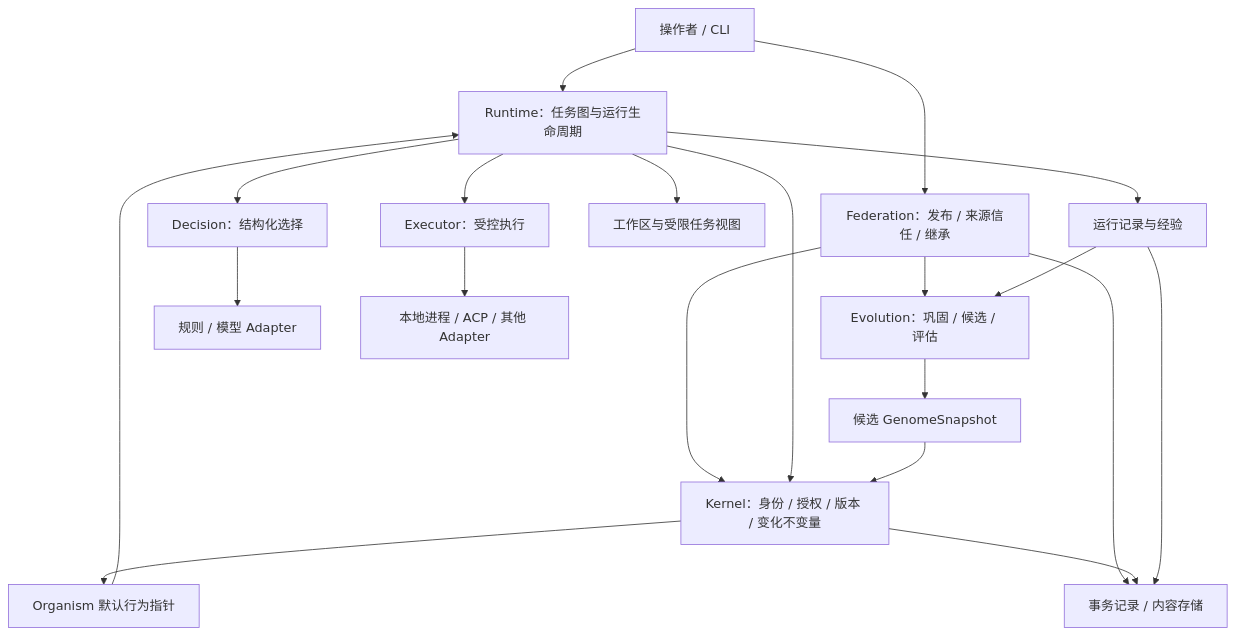
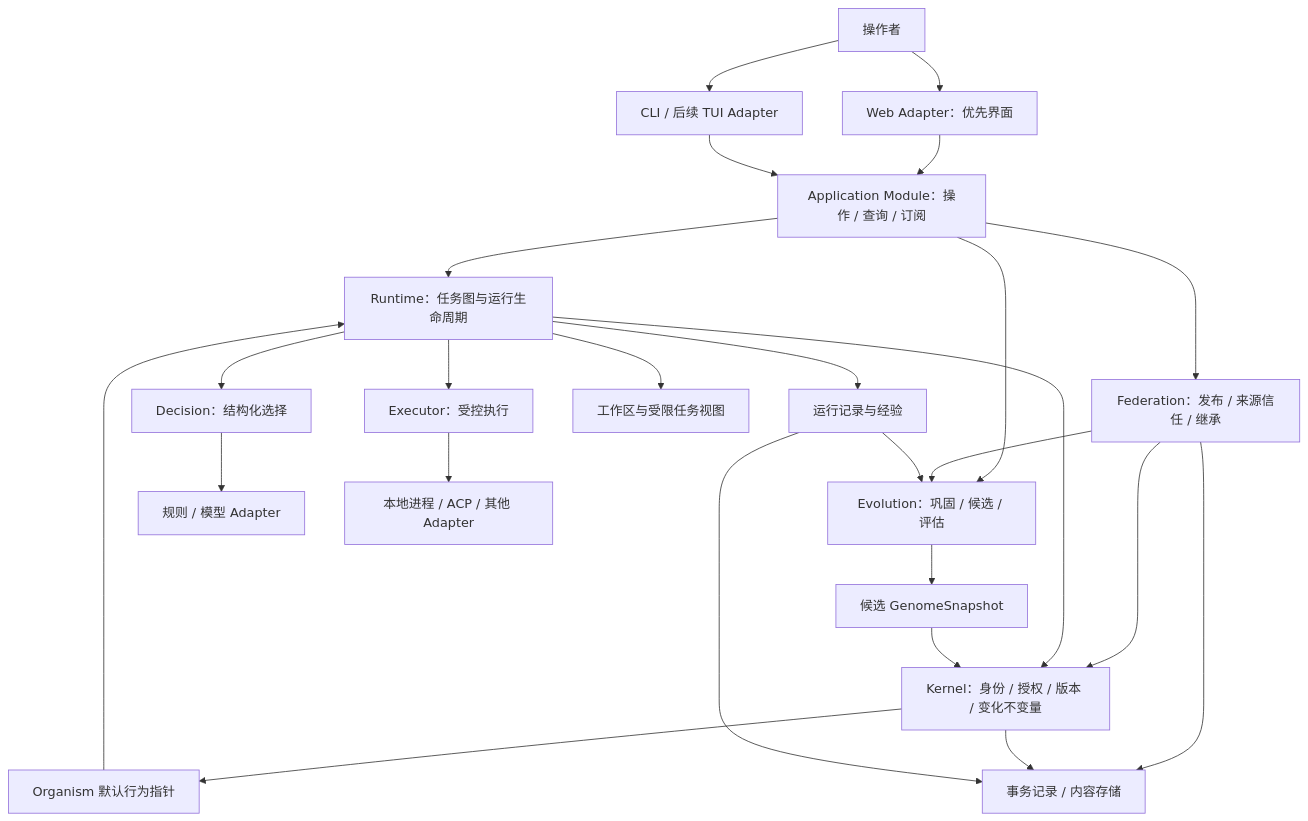
Before and after one commit to yourtion/ProteusOS: the diagram in docs/architecture.md, drawn with Mermaid. The commit also changed other lines of this file and 11 other files, not shown here.

````diff
--- a/docs/architecture.md
+++ b/docs/architecture.md
@@ -9,22 +9,27 @@
 ```mermaid
 flowchart TB
-  User[操作者 / CLI] --> Runtime[Runtime：任务图与运行生命周期]
-  User --> Federation[Federation：发布 / 来源信任 / 继承]
+  User[操作者] --> Web[Web Adapter：优先界面]
+  User --> CLI[CLI / 后续 TUI Adapter]
+  Web --> App[Application Module：操作 / 查询 / 订阅]
+  CLI --> App
+  App --> Runtime[Runtime：任务图与运行生命周期]
+  App --> Federation[Federation：发布 / 来源信任 / 继承]
+  App --> Evolution
   Federation --> Evolution
   Federation --> Kernel
   Federation --> Storage
   Runtime --> Decision[Decision：结构化选择]
   Runtime --> Executor[Executor：受控执行]
   Runtime --> Workspace[工作区与受限任务视图]
   Runtime --> Kernel[Kernel：身份 / 授权 / 版本 / 变化不变量]
   Decision --> Rules[规则 / 模型 Adapter]
   Executor --> Workers[本地进程 / ACP / 其他 Adapter]
   Runtime --> Ledger[运行记录与经验]
   Ledger --> Evolution[Evolution：巩固 / 候选 / 评估]
   Evolution --> Candidate[候选 GenomeSnapshot]
   Candidate --> Kernel
   Kernel --> Active[Organism 默认行为指针]
   Active --> Runtime
   Kernel --> Storage[事务记录 / 内容存储]
   Ledger --> Storage
 ```
````
